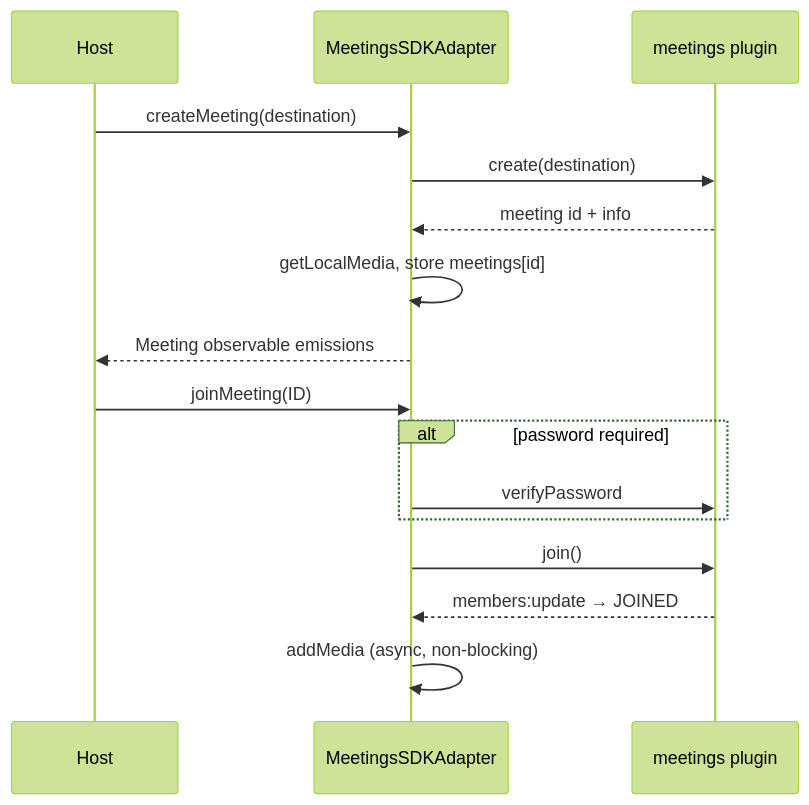
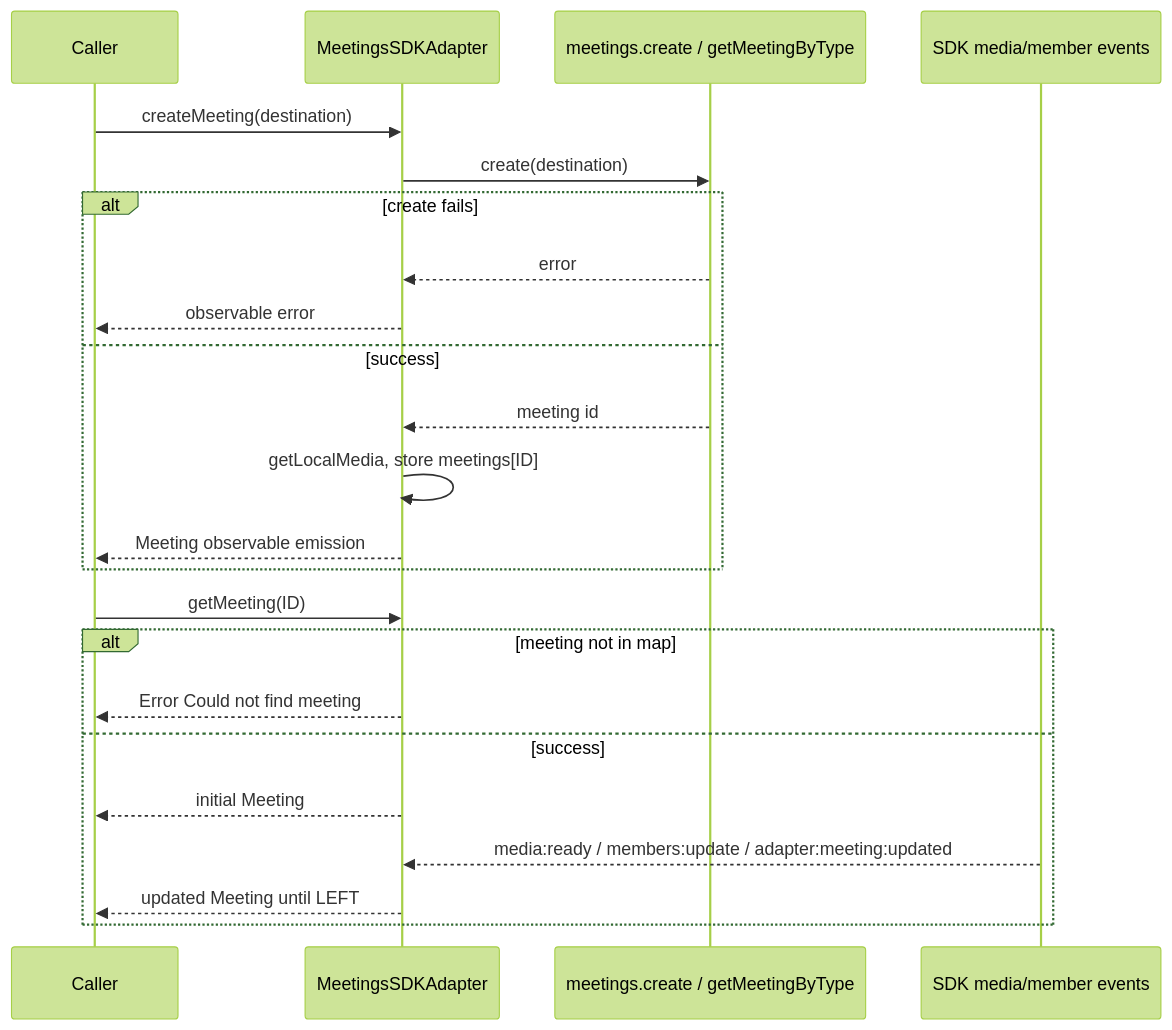
Before and after one commit to webex/sdk-component-adapter: the second of 6 diagrams in src/ai-docs/meetings-sdk-adapter-spec.md, drawn with Mermaid (forest theme). The commit also changed other lines of this file and 13 other files, not shown here.

````diff
--- a/src/ai-docs/meetings-sdk-adapter-spec.md
+++ b/src/ai-docs/meetings-sdk-adapter-spec.md
@@ -143,20 +158,26 @@
 ```mermaid
 sequenceDiagram
-  participant Host
+  participant Caller
   participant Adapter as MeetingsSDKAdapter
-  participant SDK as meetings plugin
+  participant SDK as meetings.create / getMeetingByType
+  participant Events as SDK media/member events
 
-  Host->>Adapter: createMeeting(destination)
+  Caller->>Adapter: createMeeting(destination)
   Adapter->>SDK: create(destination)
-  SDK-->>Adapter: meeting id + info
-  Adapter->>Adapter: getLocalMedia, store meetings[id]
-  Adapter-->>Host: Meeting observable emissions
-
-  Host->>Adapter: joinMeeting(ID)
-  alt password required
-    Adapter->>SDK: verifyPassword
+  alt create fails
+    SDK-->>Adapter: error
+    Adapter-->>Caller: observable error
+  else success
+    SDK-->>Adapter: meeting id
+    Adapter->>Adapter: getLocalMedia, store meetings[ID]
+    Adapter-->>Caller: Meeting observable emission
   end
-  Adapter->>SDK: join()
-  SDK-->>Adapter: members:update → JOINED
-  Adapter->>Adapter: addMedia (async, non-blocking)
+  Caller->>Adapter: getMeeting(ID)
+  alt meeting not in map
+    Adapter-->>Caller: Error Could not find meeting
+  else success
+    Adapter-->>Caller: initial Meeting
+    Events-->>Adapter: media:ready / members:update / adapter:meeting:updated
+    Adapter-->>Caller: updated Meeting until LEFT
+  end
 ```
````
